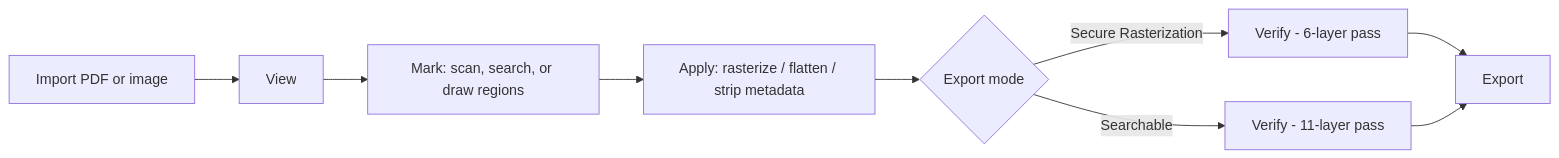
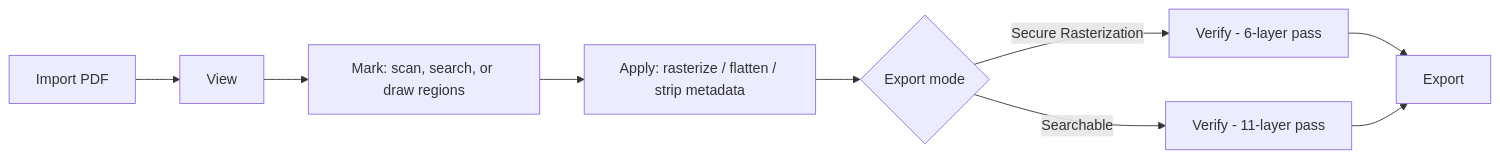
Before and after one commit to Merlin1A/resecta: the diagram in README.md, drawn with Mermaid. The commit also changed other lines of this file and 1 other file, not shown here.

````diff
--- a/README.md
+++ b/README.md
@@ -47,11 +47,11 @@
 ```mermaid
 flowchart LR
-  A[Import PDF or image] --> B[View]
+  A[Import PDF] --> B[View]
   B --> C[Mark: scan, search, or draw regions]
   C --> D[Apply: rasterize / flatten / strip metadata]
   D --> E{Export mode}
   E -->|Secure Rasterization| F[Verify - 6-layer pass]
   E -->|Searchable| G[Verify - 11-layer pass]
   F --> H[Export]
   G --> H[Export]
 ```
````
